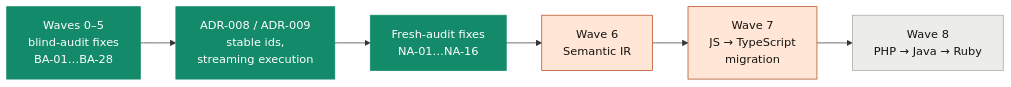
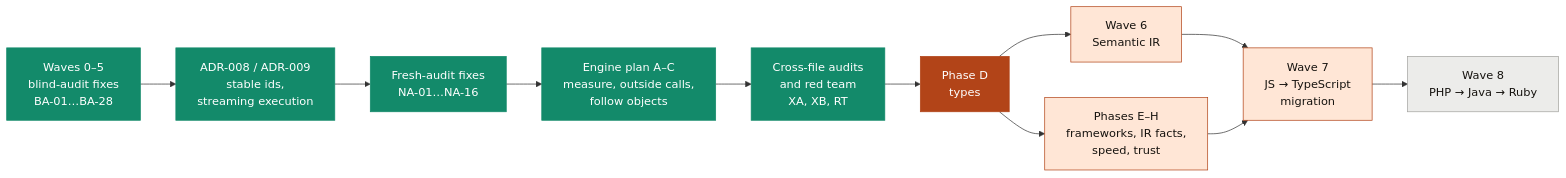
One commit to raitaskeen/LegacyExodus changed the first of 2 diagrams in ROADMAP.md. Above: the diagram before and after it, drawn with Mermaid. The commit also changed other lines of this file and 6 other files, not shown here.

First line of the commit message:
docs: README, ROADMAP and status brought up to main a6eb968 (#351)

````diff
--- a/ROADMAP.md
+++ b/ROADMAP.md
@@ -25,12 +25,17 @@
 ```mermaid
 flowchart LR
     A["Waves 0–5<br/>blind-audit fixes<br/>BA-01…BA-28"]:::done --> B["ADR-008 / ADR-009<br/>stable ids,<br/>streaming execution"]:::done
     B --> C["Fresh-audit fixes<br/>NA-01…NA-16"]:::done
-    C --> D["Wave 6<br/>Semantic IR"]:::next
-    D --> E["Wave 7<br/>JS → TypeScript<br/>migration"]:::next
+    C --> P["Engine plan A–C<br/>measure, outside calls,<br/>follow objects"]:::done
+    P --> X["Cross-file audits<br/>and red team<br/>XA, XB, RT"]:::done
+    X --> D["Phase D<br/>types"]:::now
+    D --> I["Wave 6<br/>Semantic IR"]:::next
+    D --> H["Phases E–H<br/>frameworks, IR facts,<br/>speed, trust"]:::next
+    I --> E["Wave 7<br/>JS → TypeScript<br/>migration"]:::next
+    H --> E
     E --> F["Wave 8<br/>PHP → Java → Ruby"]:::later
     classDef done fill:#138a6a,color:#fff,stroke:#138a6a
     classDef now fill:#b24418,color:#fff,stroke:#b24418
     classDef next fill:#ffe6d6,color:#16130f,stroke:#b24418
     classDef later fill:#ececea,color:#16130f,stroke:#a3a39f
 ```
````
